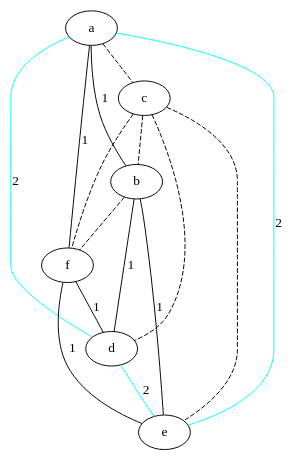
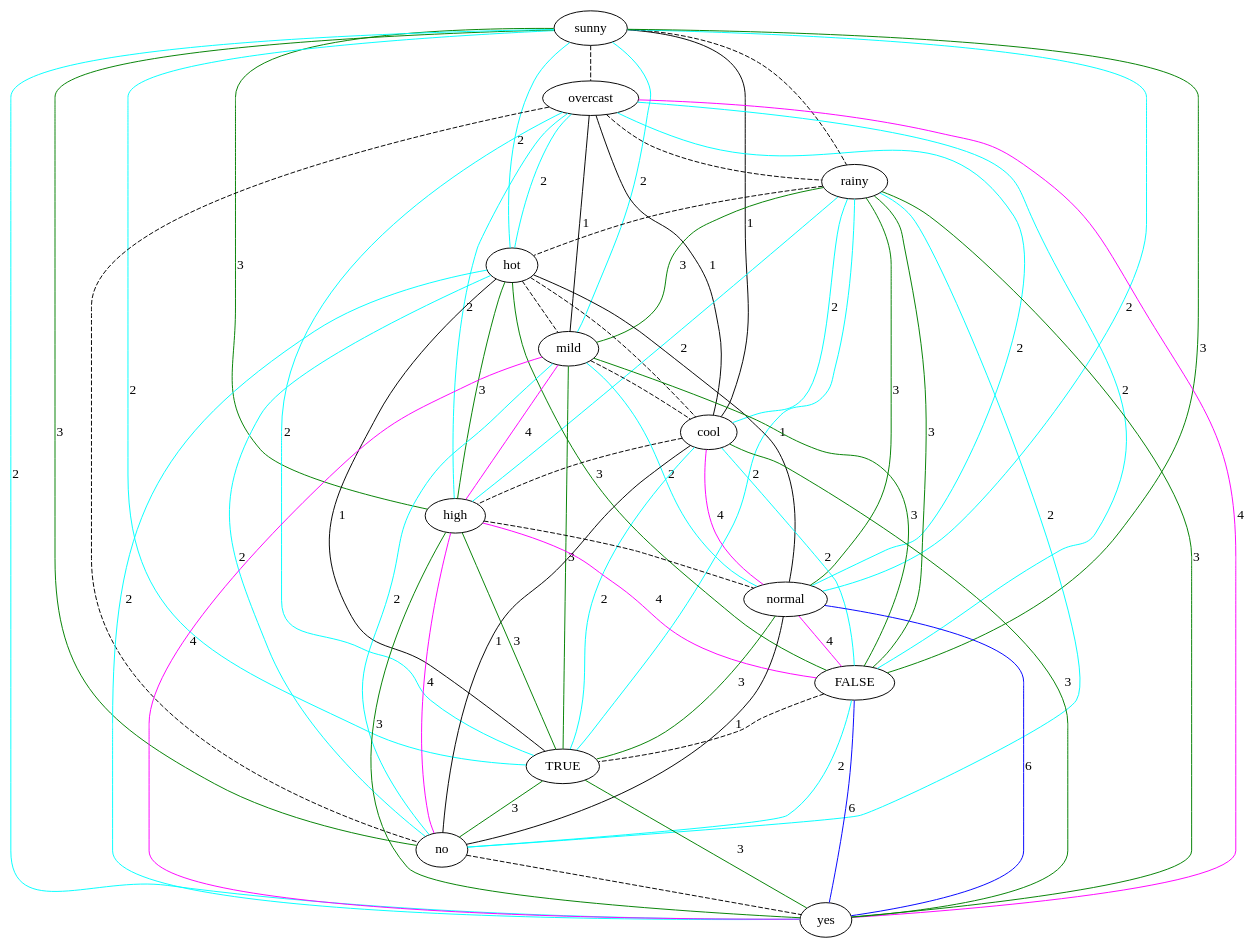
Before and after one commit to lrodrin/TFG: the diagram in src/final/linearGraph.dot, drawn with Graphviz. The commit also changed 5 other files, not shown here.

Commit message:
refactor lineal graphs. s'ha tret un cas no necessari, s'ha modificat el purple per blue i s'ha afegit el gris.

```diff
--- a/src/final/linearGraph.dot
+++ b/src/final/linearGraph.dot
@@ -1,23 +1,80 @@
 strict graph "" {
-a;
-c;
-b;
-f;
-d;
-e;
-a -- c  [color=black, style=dashed];
-a -- b  [color=black, label=1, style=solid];
-a -- f  [color=black, label=1, style=solid];
-a -- d  [color=cyan, label=2, style=solid];
-a -- e  [color=cyan, label=2, style=solid];
-c -- b  [color=black, style=dashed];
-c -- f  [color=black, style=dashed];
-c -- d  [color=black, style=dashed];
-c -- e  [color=black, style=dashed];
-b -- f  [color=black, style=dashed];
-b -- d  [color=black, label=1, style=solid];
-b -- e  [color=black, label=1, style=solid];
-f -- d  [color=black, label=1, style=solid];
-f -- e  [color=black, label=1, style=solid];
-d -- e  [color=cyan, label=2, style=solid];
+sunny;
+overcast;
+rainy;
+hot;
+mild;
+cool;
+high;
+normal;
+FALSE;
+TRUE;
+no;
+yes;
+sunny -- overcast  [color=black, style=dashed];
+sunny -- rainy  [color=black, style=dashed];
+sunny -- hot  [color=cyan, label=2, style=solid];
+sunny -- mild  [color=cyan, label=2, style=solid];
+sunny -- cool  [color=black, label=1, style=solid];
+sunny -- high  [color=green, label=3, style=solid];
+sunny -- normal  [color=cyan, label=2, style=solid];
+sunny -- FALSE  [color=green, label=3, style=solid];
+sunny -- TRUE  [color=cyan, label=2, style=solid];
+sunny -- no  [color=green, label=3, style=solid];
+sunny -- yes  [color=cyan, label=2, style=solid];
+overcast -- rainy  [color=black, style=dashed];
+overcast -- hot  [color=cyan, label=2, style=solid];
+overcast -- mild  [color=black, label=1, style=solid];
+overcast -- cool  [color=black, label=1, style=solid];
+overcast -- high  [color=cyan, label=2, style=solid];
+overcast -- normal  [color=cyan, label=2, style=solid];
+overcast -- FALSE  [color=cyan, label=2, style=solid];
+overcast -- TRUE  [color=cyan, label=2, style=solid];
+overcast -- no  [color=black, style=dashed];
+overcast -- yes  [color=magenta, label=4, style=solid];
+rainy -- hot  [color=black, style=dashed];
+rainy -- mild  [color=green, label=3, style=solid];
+rainy -- cool  [color=cyan, label=2, style=solid];
+rainy -- high  [color=cyan, label=2, style=solid];
+rainy -- normal  [color=green, label=3, style=solid];
+rainy -- FALSE  [color=green, label=3, style=solid];
+rainy -- TRUE  [color=cyan, label=2, style=solid];
+rainy -- no  [color=cyan, label=2, style=solid];
+rainy -- yes  [color=green, label=3, style=solid];
+hot -- mild  [color=black, style=dashed];
+hot -- cool  [color=black, style=dashed];
+hot -- high  [color=green, label=3, style=solid];
+hot -- normal  [color=black, label=1, style=solid];
+hot -- FALSE  [color=green, label=3, style=solid];
+hot -- TRUE  [color=black, label=1, style=solid];
+hot -- no  [color=cyan, label=2, style=solid];
+hot -- yes  [color=cyan, label=2, style=solid];
+mild -- cool  [color=black, style=dashed];
+mild -- high  [color=magenta, label=4, style=solid];
+mild -- normal  [color=cyan, label=2, style=solid];
+mild -- FALSE  [color=green, label=3, style=solid];
+mild -- TRUE  [color=green, label=3, style=solid];
+mild -- no  [color=cyan, label=2, style=solid];
+mild -- yes  [color=magenta, label=4, style=solid];
+cool -- high  [color=black, style=dashed];
+cool -- normal  [color=magenta, label=4, style=solid];
+cool -- FALSE  [color=cyan, label=2, style=solid];
+cool -- TRUE  [color=cyan, label=2, style=solid];
+cool -- no  [color=black, label=1, style=solid];
+cool -- yes  [color=green, label=3, style=solid];
+high -- normal  [color=black, style=dashed];
+high -- FALSE  [color=magenta, label=4, style=solid];
+high -- TRUE  [color=green, label=3, style=solid];
+high -- no  [color=magenta, label=4, style=solid];
+high -- yes  [color=green, label=3, style=solid];
+normal -- FALSE  [color=magenta, label=4, style=solid];
+normal -- TRUE  [color=green, label=3, style=solid];
+normal -- no  [color=black, label=1, style=solid];
+normal -- yes  [color=blue, label=6, style=solid];
+FALSE -- TRUE  [color=black, style=dashed];
+FALSE -- no  [color=cyan, label=2, style=solid];
+FALSE -- yes  [color=blue, label=6, style=solid];
+TRUE -- no  [color=green, label=3, style=solid];
+TRUE -- yes  [color=green, label=3, style=solid];
+no -- yes  [color=black, style=dashed];
 }
```
